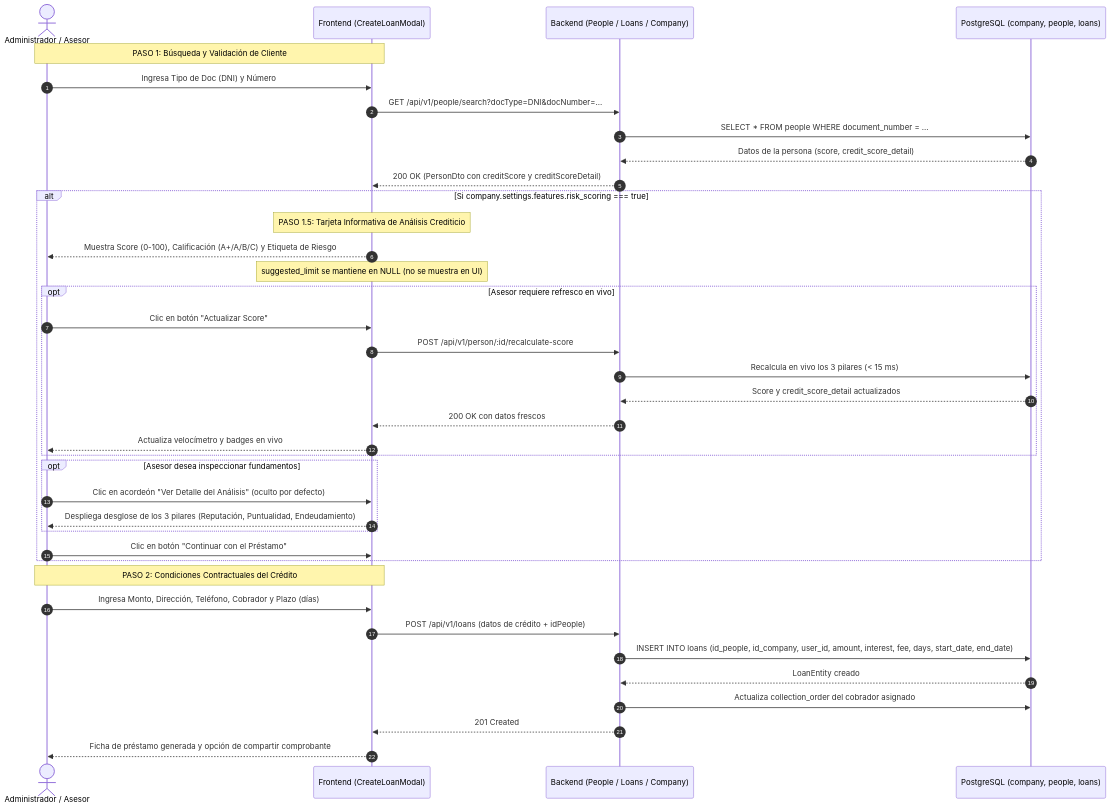
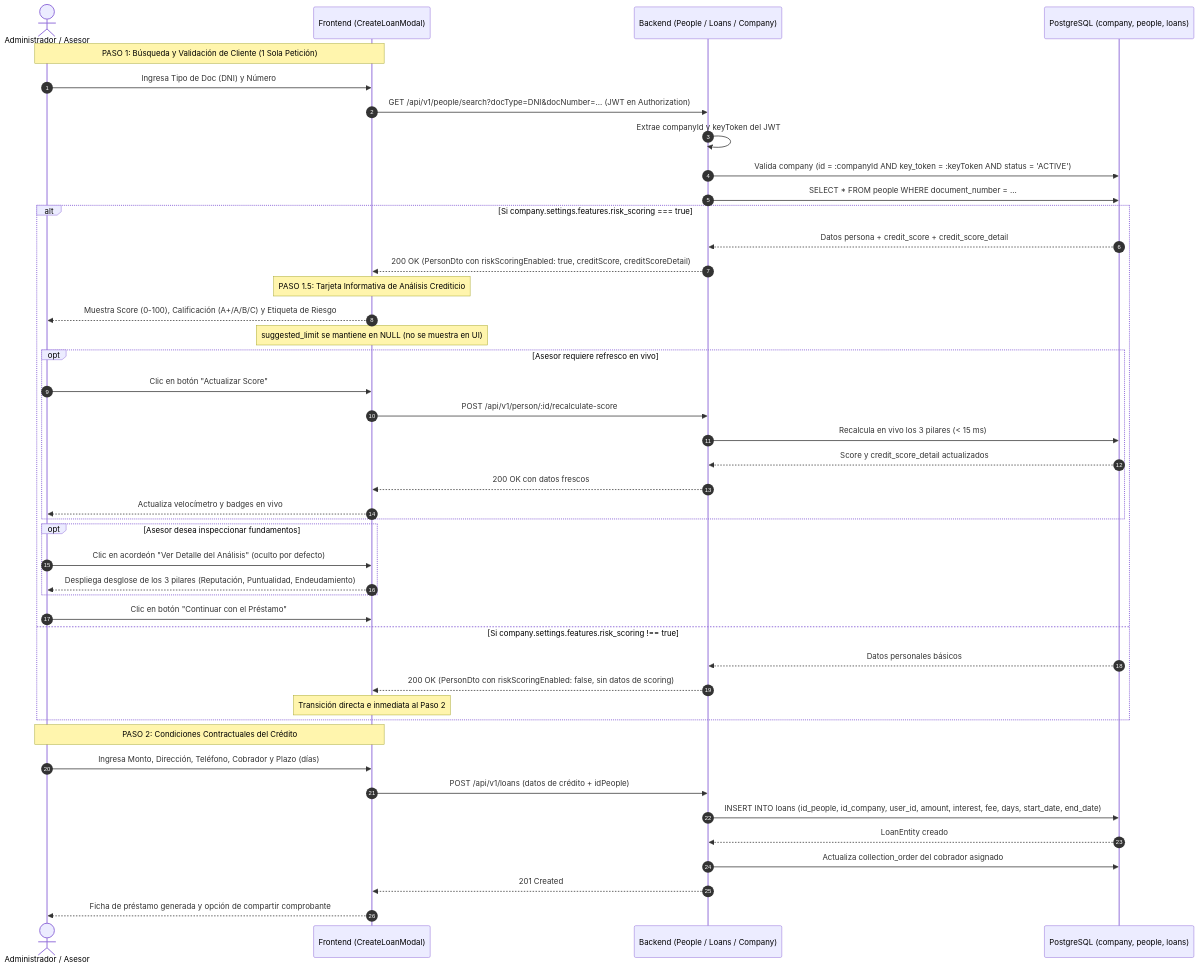
The fourth of 11 diagrams in .antigravity/workflows.md (alexisb1v1/PrestamosApi), drawn with Mermaid before and after one commit. The commit also changed other lines of this file and 26 other files, not shown here.

Commit message:
feat: add multi-tenant company management and user authentication features

````diff
--- a/.antigravity/workflows.md
+++ b/.antigravity/workflows.md
@@ -98,46 +237,51 @@
 ```mermaid
 sequenceDiagram
     autonumber
     actor A as Administrador / Asesor
     participant PWA as Frontend (CreateLoanModal)
     participant API as Backend (People / Loans / Company)
     participant DB as PostgreSQL (company, people, loans)
 
-    Note over A, PWA: PASO 1: Búsqueda y Validación de Cliente
+    Note over A, PWA: PASO 1: Búsqueda y Validación de Cliente (1 Sola Petición)
     A->>PWA: Ingresa Tipo de Doc (DNI) y Número
-    PWA->>API: GET /api/v1/people/search?docType=DNI&docNumber=...
+    PWA->>API: GET /api/v1/people/search?docType=DNI&docNumber=... (JWT en Authorization)
+    API->>API: Extrae companyId y keyToken del JWT
+    API->>DB: Valida company (id = :companyId AND key_token = :keyToken AND status = 'ACTIVE')
     API->>DB: SELECT * FROM people WHERE document_number = ...
-    DB-->>API: Datos de la persona (score, credit_score_detail)
-    API-->>PWA: 200 OK (PersonDto con creditScore y creditScoreDetail)
-
     alt Si company.settings.features.risk_scoring === true
+        DB-->>API: Datos persona + credit_score + credit_score_detail
+        API-->>PWA: 200 OK (PersonDto con riskScoringEnabled: true, creditScore, creditScoreDetail)
         Note over PWA: PASO 1.5: Tarjeta Informativa de Análisis Crediticio
         PWA-->>A: Muestra Score (0-100), Calificación (A+/A/B/C) y Etiqueta de Riesgo
         Note over PWA: suggested_limit se mantiene en NULL (no se muestra en UI)
         
         opt Asesor requiere refresco en vivo
             A->>PWA: Clic en botón "Actualizar Score"
             PWA->>API: POST /api/v1/person/:id/recalculate-score
             API->>DB: Recalcula en vivo los 3 pilares (< 15 ms)
             DB-->>API: Score y credit_score_detail actualizados
             API-->>PWA: 200 OK con datos frescos
             PWA-->>A: Actualiza velocímetro y badges en vivo
         end
 
         opt Asesor desea inspeccionar fundamentos
             A->>PWA: Clic en acordeón "Ver Detalle del Análisis" (oculto por defecto)
             PWA-->>A: Despliega desglose de los 3 pilares (Reputación, Puntualidad, Endeudamiento)
         end
 
         A->>PWA: Clic en botón "Continuar con el Préstamo"
+    else Si company.settings.features.risk_scoring !== true
+        DB-->>API: Datos personales básicos
+        API-->>PWA: 200 OK (PersonDto con riskScoringEnabled: false, sin datos de scoring)
+        Note over PWA: Transición directa e inmediata al Paso 2
     end
 
     Note over A, PWA: PASO 2: Condiciones Contractuales del Crédito
     A->>PWA: Ingresa Monto, Dirección, Teléfono, Cobrador y Plazo (días)
     PWA->>API: POST /api/v1/loans (datos de crédito + idPeople)
     API->>DB: INSERT INTO loans (id_people, id_company, user_id, amount, interest, fee, days, start_date, end_date)
     DB-->>API: LoanEntity creado
     API->>DB: Actualiza collection_order del cobrador asignado
     API-->>PWA: 201 Created
     PWA-->>A: Ficha de préstamo generada y opción de compartir comprobante
 ```
````
